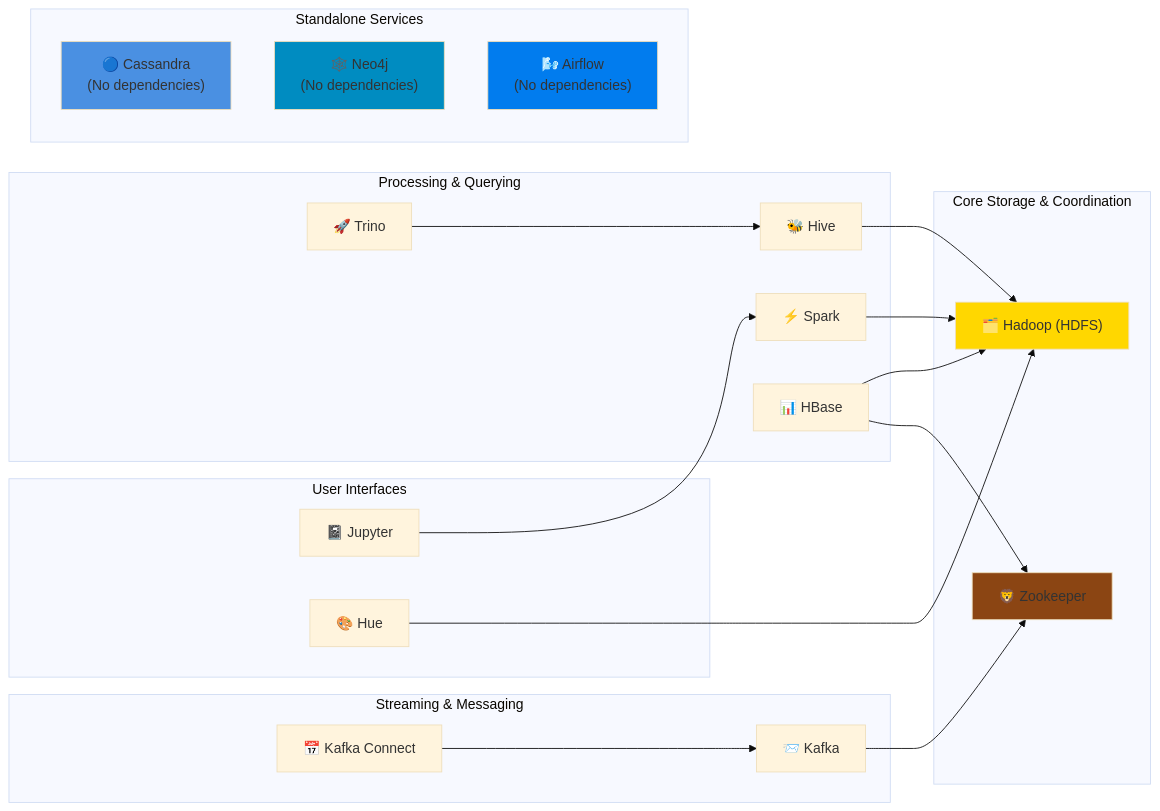
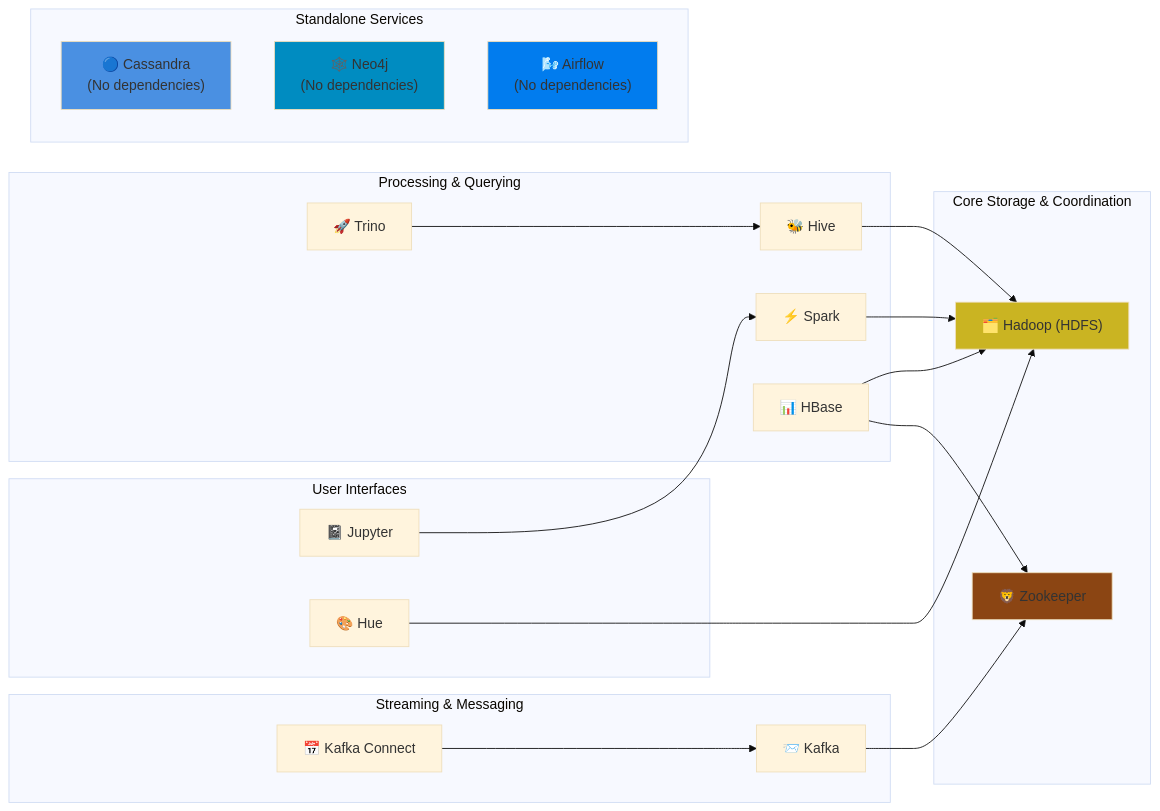
One commit to scorpionTaj/Big-Data-Dev-Stack changed the second of 2 diagrams in README.md. Above: the diagram before and after it, drawn with Mermaid (base theme).

Commit message:
update color in the mermaid diagram

````diff
--- a/README.md
+++ b/README.md
@@ -585,48 +585,48 @@
 ```mermaid
 graph LR
     subgraph "Core Storage & Coordination"
         HADOOP["🗂️ Hadoop (HDFS)"]
         ZK["🦁 Zookeeper"]
     end
 
     subgraph "Processing & Querying"
         SPARK["⚡ Spark"]
         HIVE["🐝 Hive"]
         HBASE["📊 HBase"]
         TRINO["🚀 Trino"]
     end
 
     subgraph "Streaming & Messaging"
         KAFKA["📨 Kafka"]
         KC["📅 Kafka Connect"]
     end
 
     subgraph "User Interfaces"
         JUP["📓 Jupyter"]
         HUE["🎨 Hue"]
     end
 
     subgraph "Standalone Services"
         CASS["🔵 Cassandra<br/>(No dependencies)"]
         NEO["🕸️ Neo4j<br/>(No dependencies)"]
         AF["🌬️ Airflow<br/>(No dependencies)"]
     end
 
     SPARK --> HADOOP
     HIVE --> HADOOP
     HBASE --> HADOOP
     HBASE --> ZK
     TRINO --> HIVE
 
     KAFKA --> ZK
     KC --> KAFKA
 
     JUP --> SPARK
     HUE --> HADOOP
 
-    style HADOOP fill:#ffd700
+    style HADOOP fill:#CAB422
     style ZK fill:#8b4513
     style CASS fill:#4a90e2
     style NEO fill:#008cc1
     style AF fill:#017cee
 ```
````
